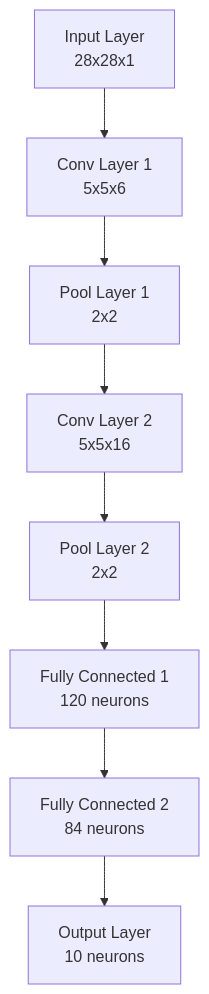
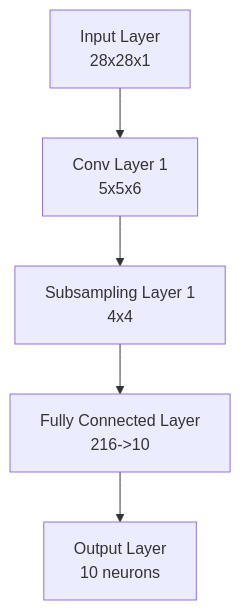
One commit to NghiemLg/CNN_parallel changed the diagram in CUDA_MNIST_NUMBER_full_pipeline/information.MD. Above: the diagram before and after it, drawn with Mermaid. The commit also changed other lines of this file, not shown here.

````diff
--- a/CUDA_MNIST_NUMBER_full_pipeline/information.MD
+++ b/CUDA_MNIST_NUMBER_full_pipeline/information.MD
@@ -2,10 +2,7 @@
 ```mermaid
 graph TD
     A[Input Layer<br/>28x28x1] --> B[Conv Layer 1<br/>5x5x6]
-    B --> C[Pool Layer 1<br/>2x2]
-    C --> D[Conv Layer 2<br/>5x5x16]
-    D --> E[Pool Layer 2<br/>2x2]
-    E --> F[Fully Connected 1<br/>120 neurons]
-    F --> G[Fully Connected 2<br/>84 neurons]
-    G --> H[Output Layer<br/>10 neurons]
+    B --> C[Subsampling Layer 1<br/>4x4]
+    C --> D[Fully Connected Layer<br/>216->10]
+    D --> E[Output Layer<br/>10 neurons]
 ```
````
